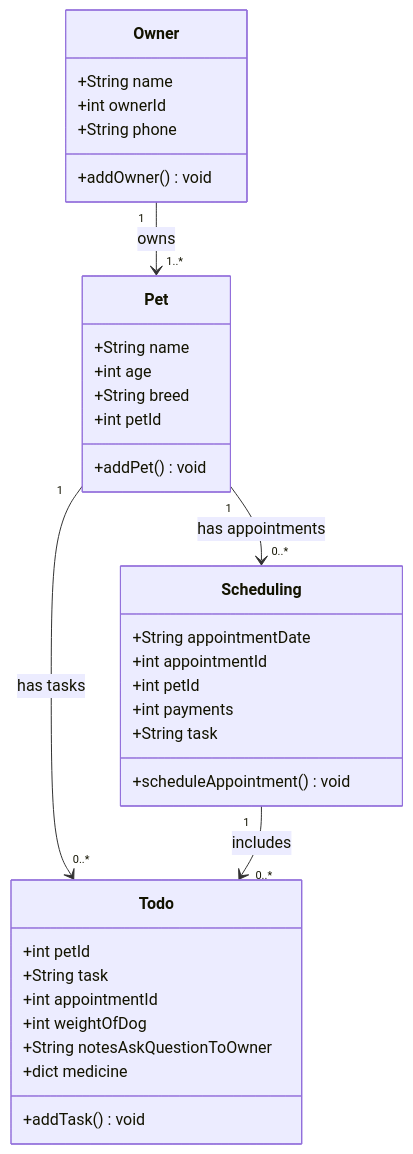
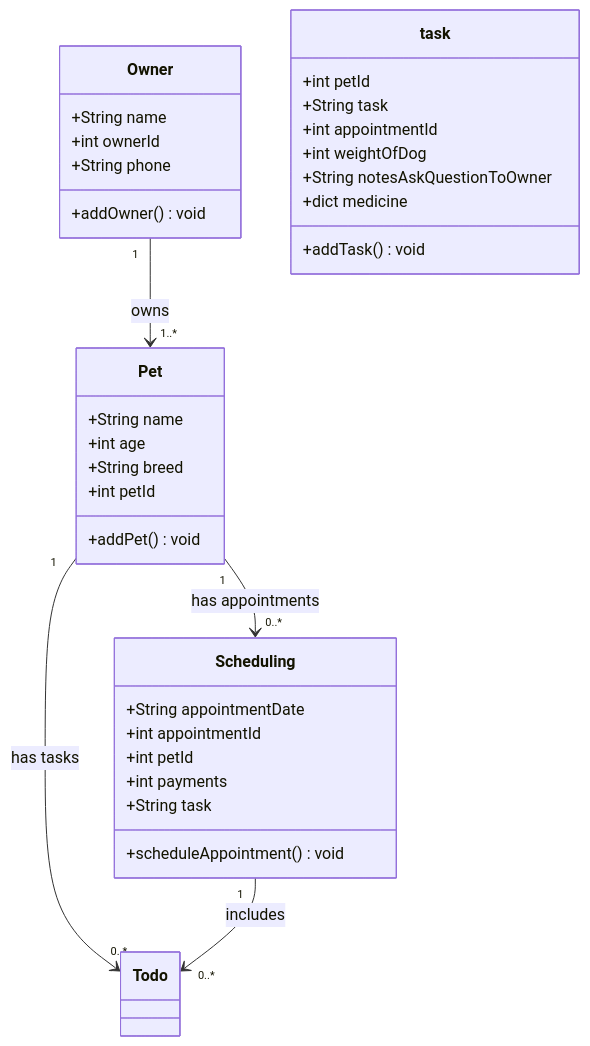
Before and after one commit to Voltron1217/pawpal-: the diagram in reflection.md, drawn with Mermaid. The commit also changed other lines of this file and 4 other files, not shown here.

````diff
--- a/reflection.md
+++ b/reflection.md
@@ -29,41 +4,41 @@
 ```mermaid
 classDiagram
     class Owner {
         +String name
         +int ownerId
         +String phone
         +addOwner() void
     }
 
     class Pet {
         +String name
         +int age
         +String breed
         +int petId
         +addPet() void
     }
 
     class Scheduling {
         +String appointmentDate
         +int appointmentId
         +int petId
         +int payments
         +String task
         +scheduleAppointment() void
     }
 
-    class Todo {
+    class task {
         +int petId
         +String task
         +int appointmentId
         +int weightOfDog
         +String notesAskQuestionToOwner
         +dict medicine
         +addTask() void
     }
 
     Owner "1" --> "1..*" Pet : owns
     Pet "1" --> "0..*" Scheduling : has appointments
     Pet "1" --> "0..*" Todo : has tasks
     Scheduling "1" --> "0..*" Todo : includes
 ```
````
